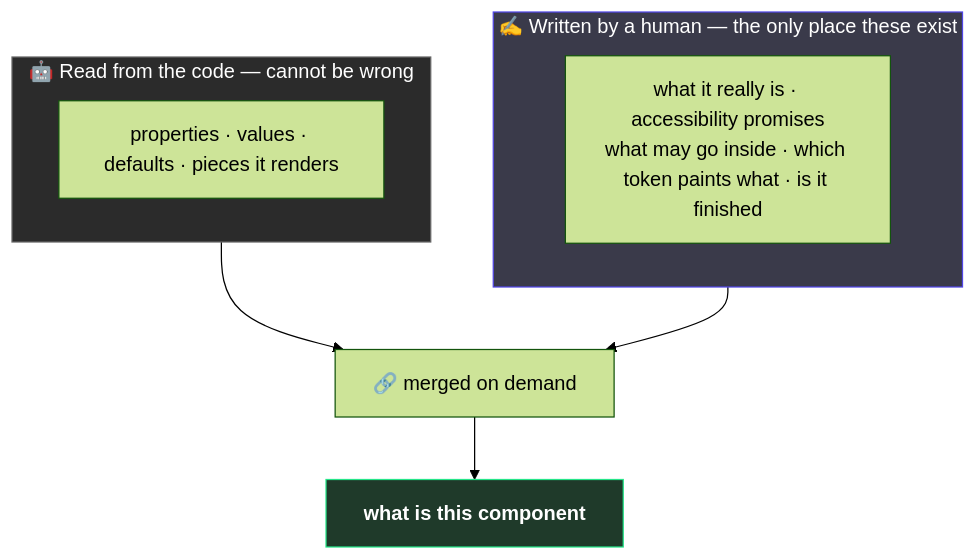
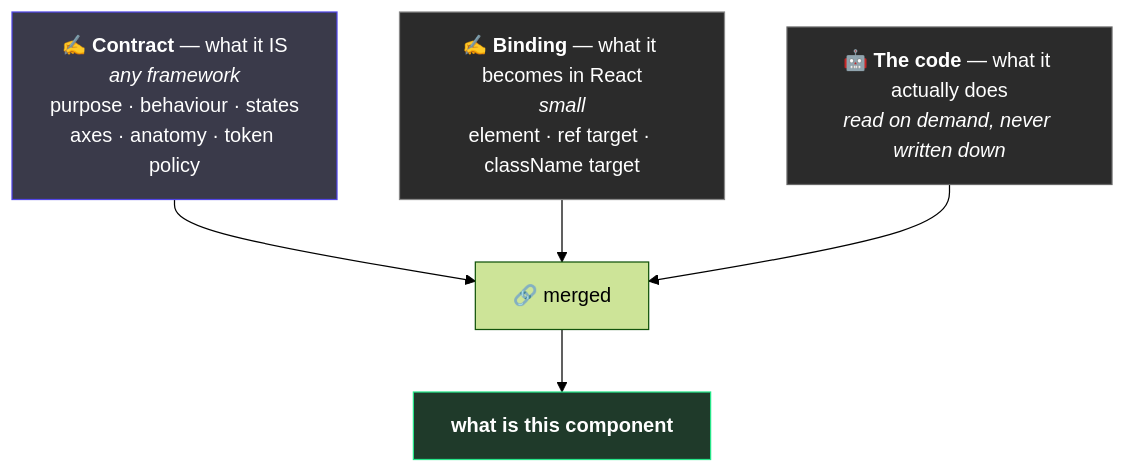
One commit to cris-achiardi/weave-ds-template changed the first of 2 diagrams in docs/documentation/02-the-two-halves.md. Above: the diagram before and after it, drawn with Mermaid (forest theme). The commit also changed other lines of this file and 16 other files, not shown here.

First line of the commit message:
feat: agnostic component contract + React binding, with parity gating

````diff
--- a/docs/documentation/02-the-two-halves.md
+++ b/docs/documentation/02-the-two-halves.md
@@ -24,15 +24,15 @@
 ```mermaid
 flowchart TD
-  subgraph SRC ["🤖 Read from the code — cannot be wrong"]
-    S1["properties · values · defaults · pieces it renders"]
-  end
-  subgraph CON ["✍️ Written by a human — the only place these exist"]
-    C1["what it really is · accessibility promises<br/>what may go inside · which token paints what · is it finished"]
-  end
-  SRC --> M["🔗 merged on demand"]
+  CON["✍️ <b>Contract</b> — what it IS<br/><i>any framework</i><br/>purpose · behaviour · states<br/>axes · anatomy · token policy"]
+  BIN["✍️ <b>Binding</b> — what it becomes in React<br/><i>small</i><br/>element · ref target · className target"]
+  SRC["🤖 <b>The code</b> — what it actually does<br/><i>read on demand, never written down</i>"]
+  M["🔗 merged"]
   CON --> M
+  BIN --> M
+  SRC --> M
   M --> OUT["<b>what is this component</b>"]
+  style CON fill:#3a3a4a,stroke:#5146e6,color:#fff
+  style BIN fill:#2b2b2b,stroke:#888,color:#fff
   style SRC fill:#2b2b2b,stroke:#666,color:#fff
-  style CON fill:#3a3a4a,stroke:#5146e6,color:#fff
   style OUT fill:#1f3a2a,stroke:#26e589,color:#fff
 ```
````
